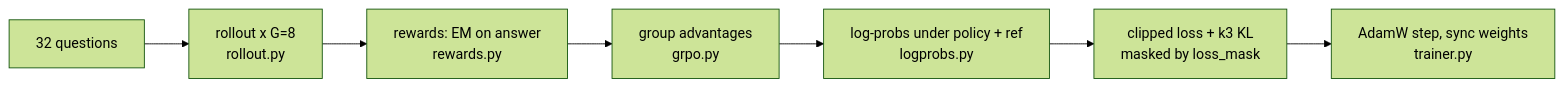
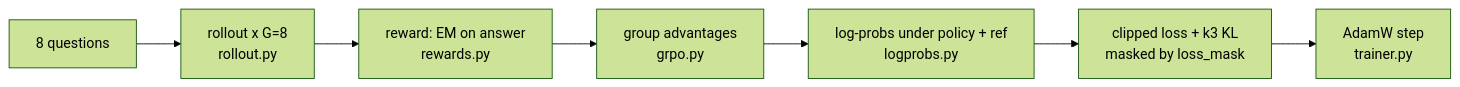
One commit to PRINCE2-AI/nano-agentrl changed the diagram in README.md. Above: the diagram before and after it, drawn with Mermaid (forest theme). The commit also changed other lines of this file and 1 other file, not shown here.

````diff
--- a/README.md
+++ b/README.md
@@ -52,9 +95,9 @@
 ```mermaid
 flowchart LR
-    Q[32 questions] --> R[rollout x G=8<br/>rollout.py]
-    R --> W[rewards: EM on answer<br/>rewards.py]
+    Q[8 questions] --> R[rollout x G=8<br/>rollout.py]
+    R --> W[reward: EM on answer<br/>rewards.py]
     W --> A[group advantages<br/>grpo.py]
     A --> L[log-probs under policy + ref<br/>logprobs.py]
     L --> G[clipped loss + k3 KL<br/>masked by loss_mask]
-    G --> U[AdamW step, sync weights<br/>trainer.py]
+    G --> U[AdamW step<br/>trainer.py]
 ```
````
